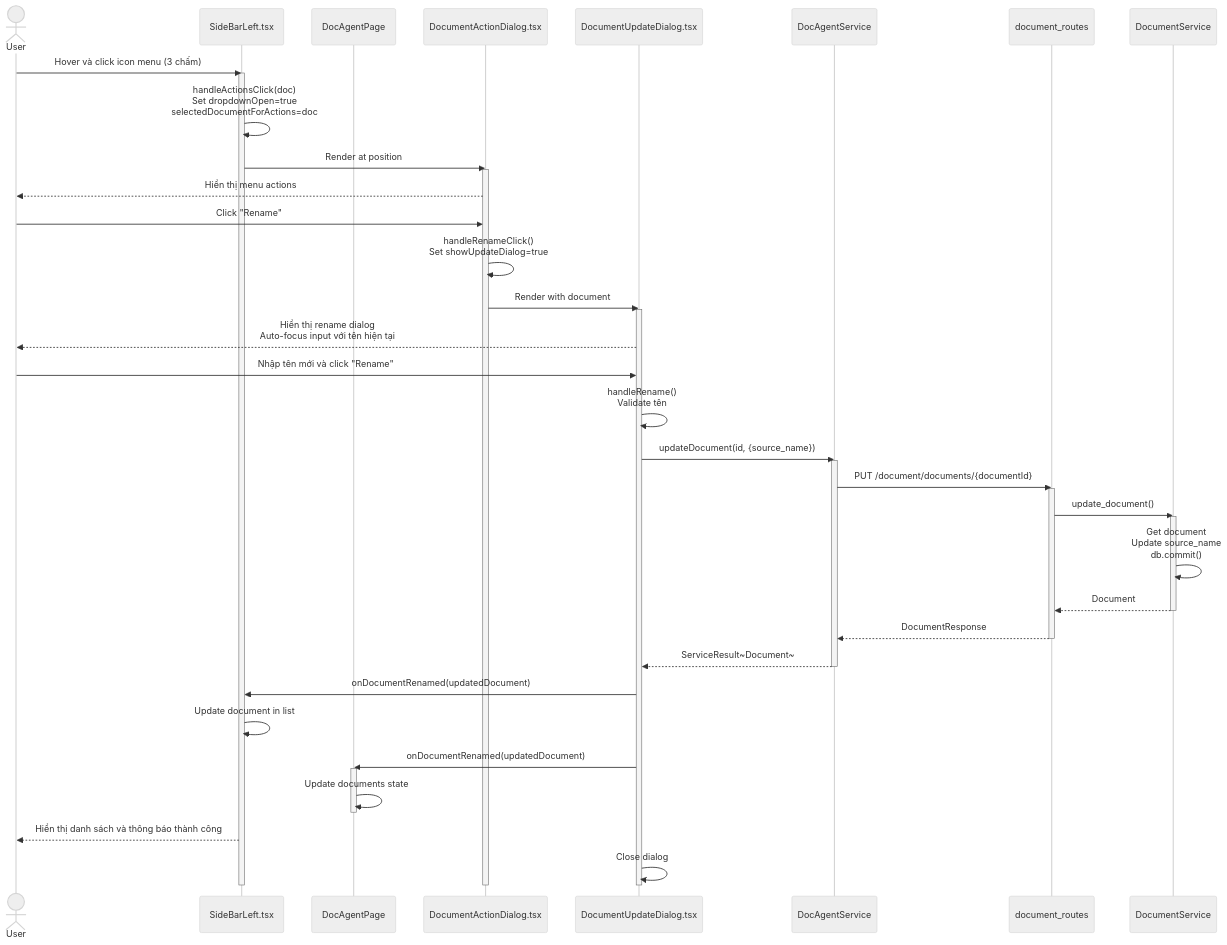
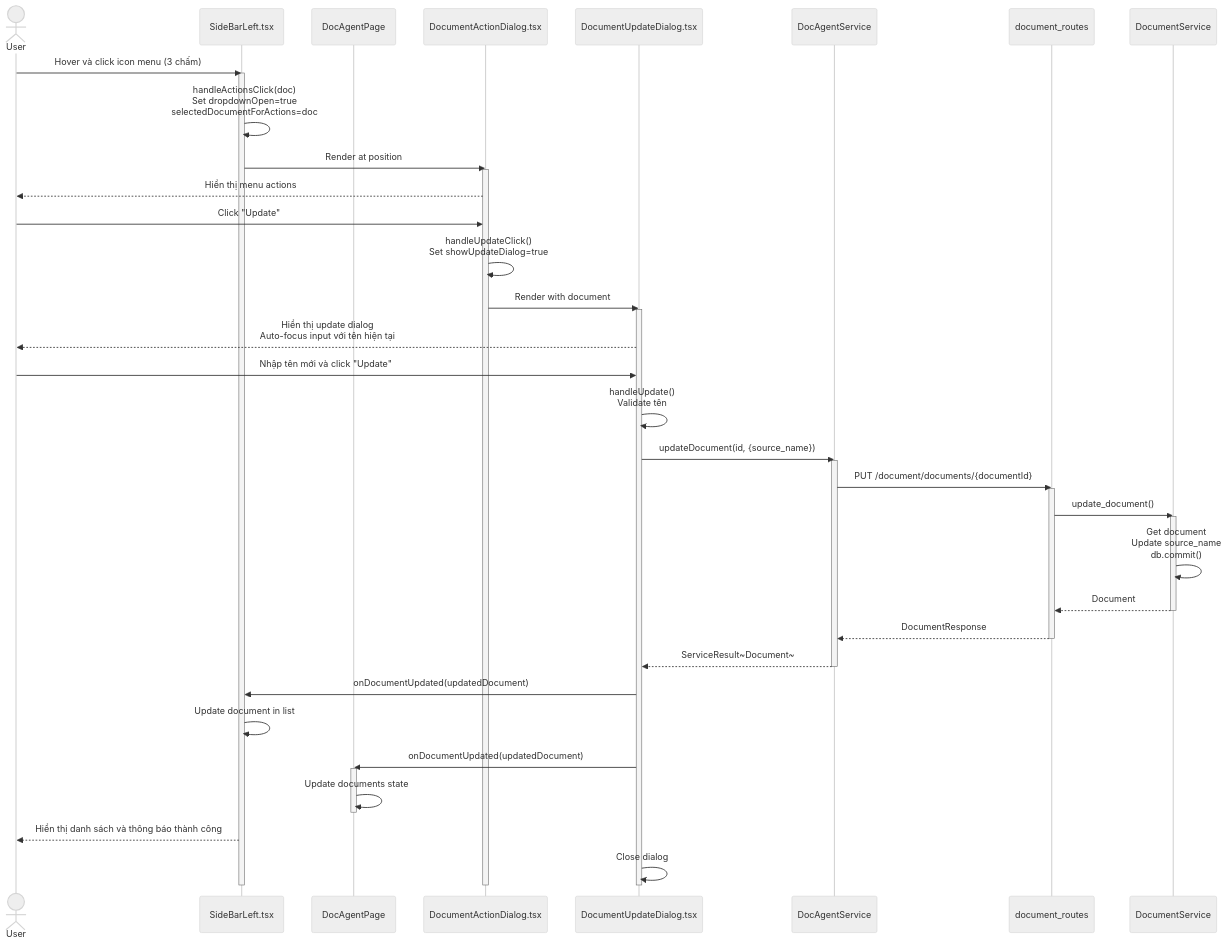
Before and after one commit to mduc-2610/gp_doc: the fourth of 5 diagrams in document/4_document_management_seq.md, drawn with Mermaid (neutral theme). The commit also changed other lines of this file and 4 other files, not shown here.

````diff
--- a/document/4_document_management_seq.md
+++ b/document/4_document_management_seq.md
@@ -314,67 +314,67 @@
 ```mermaid
 sequenceDiagram
     actor User
     participant SideBarLeft as SideBarLeft.tsx
     participant DocAgentPage as DocAgentPage
     participant DocumentActionDialog as DocumentActionDialog.tsx
     participant DocumentUpdateDialog as DocumentUpdateDialog.tsx
     participant DocAgentService as DocAgentService
     participant DocumentRoutes as document_routes
     participant DocumentService as DocumentService
 
     User->>SideBarLeft: Hover và click icon menu (3 chấm)
     activate SideBarLeft
     
     SideBarLeft->>SideBarLeft: handleActionsClick(doc)<br/>Set dropdownOpen=true<br/>selectedDocumentForActions=doc
     
     SideBarLeft->>DocumentActionDialog: Render at position
     activate DocumentActionDialog
     
     DocumentActionDialog-->>User: Hiển thị menu actions
     
-    User->>DocumentActionDialog: Click "Rename"
-    DocumentActionDialog->>DocumentActionDialog: handleRenameClick()<br/>Set showUpdateDialog=true
+    User->>DocumentActionDialog: Click "Update"
+    DocumentActionDialog->>DocumentActionDialog: handleUpdateClick()<br/>Set showUpdateDialog=true
     
     DocumentActionDialog->>DocumentUpdateDialog: Render with document
     activate DocumentUpdateDialog
     
-    DocumentUpdateDialog-->>User: Hiển thị rename dialog<br/>Auto-focus input với tên hiện tại
+    DocumentUpdateDialog-->>User: Hiển thị update dialog<br/>Auto-focus input với tên hiện tại
     
-    User->>DocumentUpdateDialog: Nhập tên mới và click "Rename"
-    DocumentUpdateDialog->>DocumentUpdateDialog: handleRename()<br/>Validate tên
+    User->>DocumentUpdateDialog: Nhập tên mới và click "Update"
+    DocumentUpdateDialog->>DocumentUpdateDialog: handleUpdate()<br/>Validate tên
     
     DocumentUpdateDialog->>DocAgentService: updateDocument(id, {source_name})
     activate DocAgentService
     
     DocAgentService->>DocumentRoutes: PUT /document/documents/{documentId}
     activate DocumentRoutes
     
     DocumentRoutes->>DocumentService: update_document()
     activate DocumentService
     
     DocumentService->>DocumentService: Get document<br/>Update source_name<br/>db.commit()
     
     DocumentService-->>DocumentRoutes: Document
     deactivate DocumentService
     
     DocumentRoutes-->>DocAgentService: DocumentResponse
     deactivate DocumentRoutes
     
     DocAgentService-->>DocumentUpdateDialog: ServiceResult~Document~
     deactivate DocAgentService
     
-    DocumentUpdateDialog->>SideBarLeft: onDocumentRenamed(updatedDocument)
+    DocumentUpdateDialog->>SideBarLeft: onDocumentUpdated(updatedDocument)
     SideBarLeft->>SideBarLeft: Update document in list
     
-    DocumentUpdateDialog->>DocAgentPage: onDocumentRenamed(updatedDocument)
+    DocumentUpdateDialog->>DocAgentPage: onDocumentUpdated(updatedDocument)
     activate DocAgentPage
     DocAgentPage->>DocAgentPage: Update documents state
     deactivate DocAgentPage
     
     SideBarLeft-->>User: Hiển thị danh sách và thông báo thành công
     
     DocumentUpdateDialog->>DocumentUpdateDialog: Close dialog
     deactivate DocumentUpdateDialog
     deactivate DocumentActionDialog
     deactivate SideBarLeft
 ```
````
